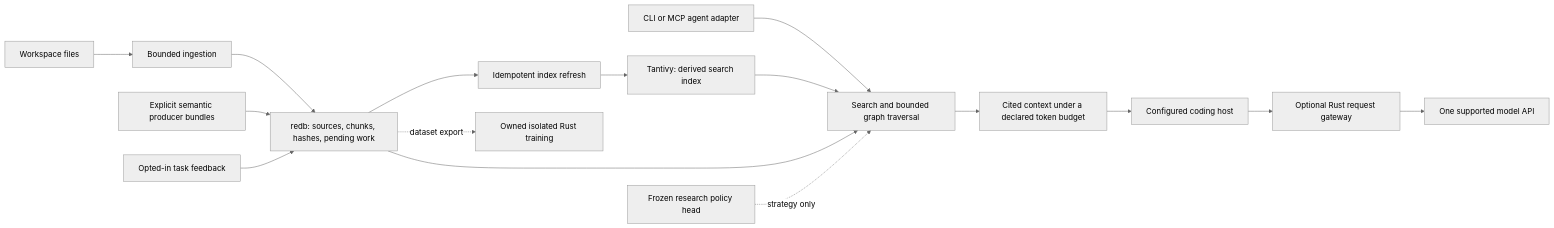
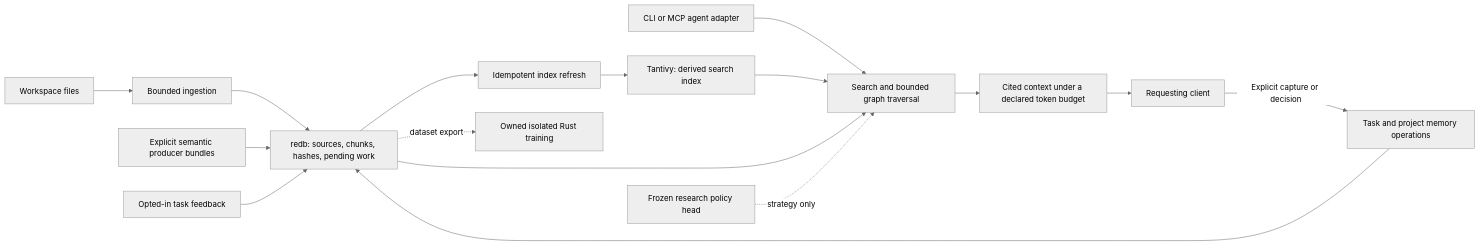
Before and after one commit to dwbimstr/context-foundry: the third of 3 diagrams in docs/architecture.md, drawn with Mermaid (neutral theme). The commit also changed other lines of this file and 3 other files, not shown here.

````diff
--- a/docs/architecture.md
+++ b/docs/architecture.md
@@ -330,18 +338,18 @@
 ```mermaid
 flowchart LR
     Files[Workspace files] --> Ingest[Bounded ingestion]
     Ingest --> DB[redb: sources, chunks, hashes, pending work]
     DB --> Indexer[Idempotent index refresh]
     Indexer --> Search[Tantivy: derived search index]
     Providers[Explicit semantic producer bundles] --> DB
     Agent[CLI or MCP agent adapter] --> Retrieval[Search and bounded graph traversal]
     Search --> Retrieval
     DB --> Retrieval
     Retrieval --> Pack[Cited context under a declared token budget]
     Policy[Frozen research policy head] -. strategy only .-> Retrieval
     Feedback[Opted-in task feedback] --> DB
     DB -. dataset export .-> Trainer[Owned isolated Rust training]
-    Pack --> Host[Configured coding host]
-    Host --> Gateway[Optional Rust request gateway]
-    Gateway --> API[One supported model API]
+    Pack --> Host[Requesting client]
+    Host -->|Explicit capture or decision| Memory[Task and project memory operations]
+    Memory --> DB
 ```
````
